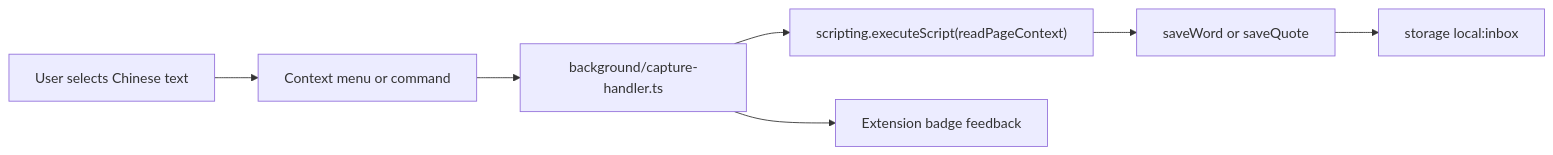
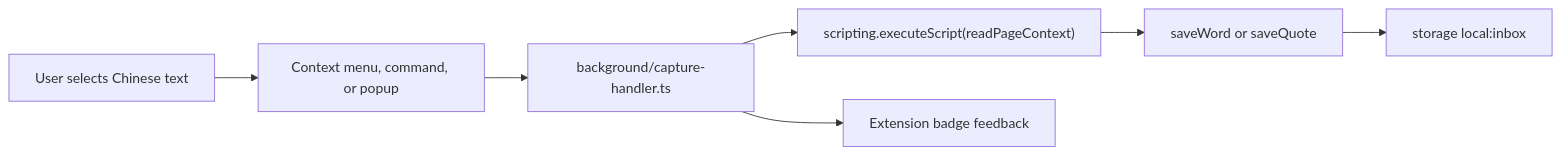
Before and after one commit to viphat/shiyu-hanzi-box: the diagram in README.md, drawn with Mermaid. The commit also changed other lines of this file and 1 other file, not shown here.

````diff
--- a/README.md
+++ b/README.md
@@ -37,9 +42,9 @@
 ```mermaid
 flowchart LR
-  A["User selects Chinese text"] --> B["Context menu or command"]
+  A["User selects Chinese text"] --> B["Context menu, command, or popup"]
   B --> C["background/capture-handler.ts"]
   C --> D["scripting.executeScript(readPageContext)"]
   D --> E["saveWord or saveQuote"]
   E --> F["storage local:inbox"]
   C --> G["Extension badge feedback"]
 ```
````
